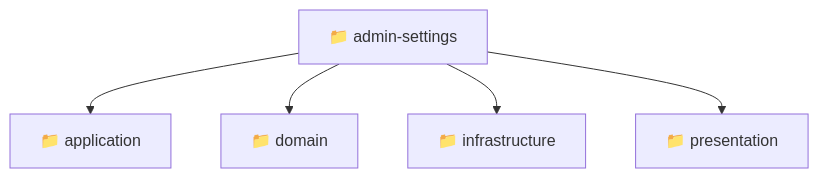
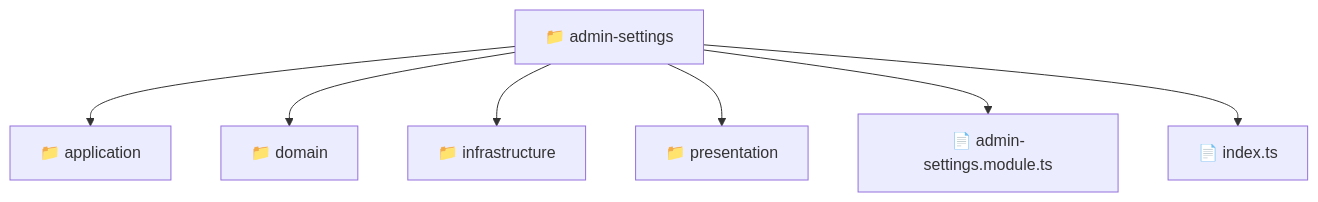
Before and after one commit to beginwebdev2002/fullstack-mavluda: the diagram in backend/src/modules/admin-settings/README.md, drawn with Mermaid. The commit also changed other lines of this file and 157 other files, not shown here.

First line of the commit message:
docs: generate localized readmes for architectural transparency

````diff
--- a/backend/src/modules/admin-settings/README.md
+++ b/backend/src/modules/admin-settings/README.md
@@ -9,8 +11,10 @@
 ```mermaid
 graph TD
   admin_settings["📁 admin-settings"]
-  admin_settings --> application["📁 application"]
-  admin_settings --> domain["📁 domain"]
-  admin_settings --> infrastructure["📁 infrastructure"]
-  admin_settings --> presentation["📁 presentation"]
+  admin_settings --> admin_settings_application["📁 application"]
+  admin_settings --> admin_settings_domain["📁 domain"]
+  admin_settings --> admin_settings_infrastructure["📁 infrastructure"]
+  admin_settings --> admin_settings_presentation["📁 presentation"]
+  admin_settings --> admin_settings_admin_settings_module_ts["📄 admin-settings.module.ts"]
+  admin_settings --> admin_settings_index_ts["📄 index.ts"]
 ```
````
